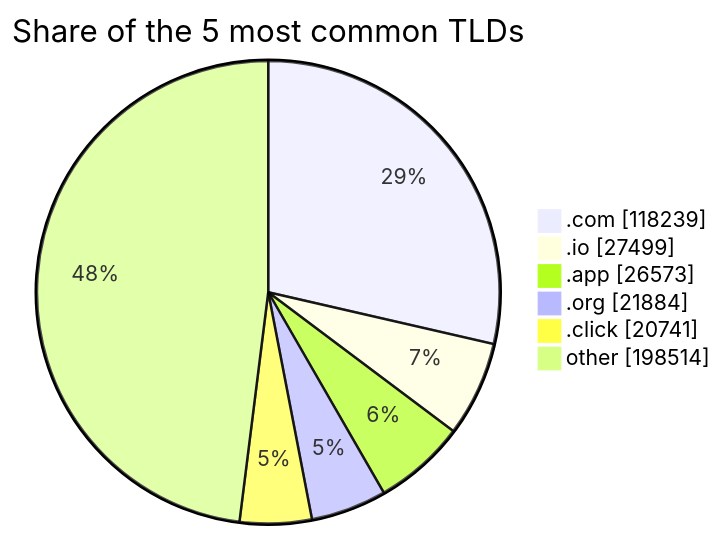
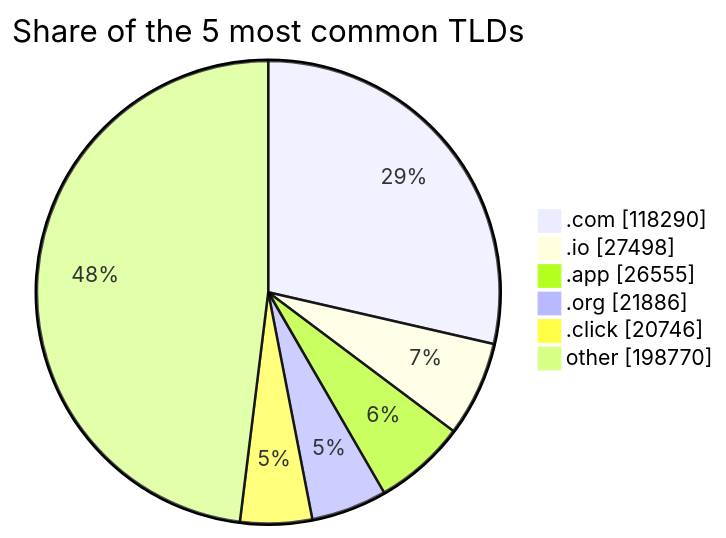
The third of 3 diagrams in README.md (DNSBunker/CTI), drawn with Mermaid before and after one commit. The commit also changed other lines of this file and 3 other files, not shown here.

````diff
--- a/README.md
+++ b/README.md
@@ -81,9 +81,9 @@
 ```mermaid
 pie showData title Share of the 5 most common TLDs
-    ".com" : 118239
-    ".io" : 27499
-    ".app" : 26573
-    ".org" : 21884
-    ".click" : 20741
-    "other" : 198514
+    ".com" : 118290
+    ".io" : 27498
+    ".app" : 26555
+    ".org" : 21886
+    ".click" : 20746
+    "other" : 198770
 ```
````
